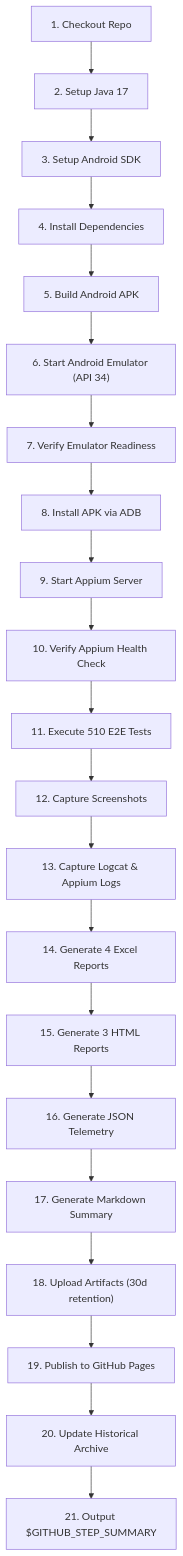
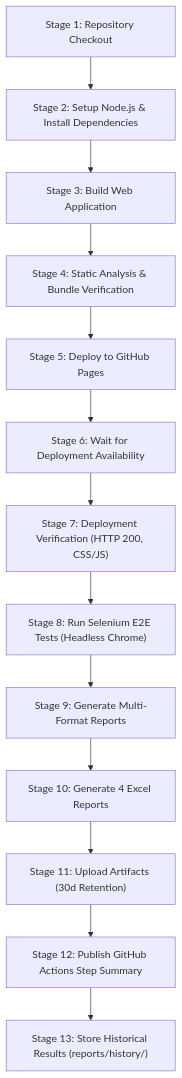
Before and after one commit to Sham-2005/foodiebite: the diagram in automation/CICD_EXECUTION_GUIDE.md, drawn with Mermaid. The commit also changed other lines of this file and 1174 other files, not shown here.

````diff
--- a/automation/CICD_EXECUTION_GUIDE.md
+++ b/automation/CICD_EXECUTION_GUIDE.md
@@ -9,23 +9,15 @@
 ```mermaid
 flowchart TD
-    S1["1. Checkout Repo"] --> S2["2. Setup Java 17"]
-    S2 --> S3["3. Setup Android SDK"]
-    S3 --> S4["4. Install Dependencies"]
-    S4 --> S5["5. Build Android APK"]
-    S5 --> S6["6. Start Android Emulator (API 34)"]
-    S6 --> S7["7. Verify Emulator Readiness"]
-    S7 --> S8["8. Install APK via ADB"]
-    S8 --> S9["9. Start Appium Server"]
-    S9 --> S10["10. Verify Appium Health Check"]
-    S10 --> S11["11. Execute 510 E2E Tests"]
-    S11 --> S12["12. Capture Screenshots"]
-    S12 --> S13["13. Capture Logcat & Appium Logs"]
-    S13 --> S14["14. Generate 4 Excel Reports"]
-    S14 --> S15["15. Generate 3 HTML Reports"]
-    S15 --> S16["16. Generate JSON Telemetry"]
-    S16 --> S17["17. Generate Markdown Summary"]
-    S17 --> S18["18. Upload Artifacts (30d retention)"]
-    S18 --> S19["19. Publish to GitHub Pages"]
-    S19 --> S20["20. Update Historical Archive"]
-    S20 --> S21["21. Output $GITHUB_STEP_SUMMARY"]
+    S1["Stage 1: Repository Checkout"] --> S2["Stage 2: Setup Node.js & Install Dependencies"]
+    S2 --> S3["Stage 3: Build Web Application"]
+    S3 --> S4["Stage 4: Static Analysis & Bundle Verification"]
+    S4 --> S5["Stage 5: Deploy to GitHub Pages"]
+    S5 --> S6["Stage 6: Wait for Deployment Availability"]
+    S6 --> S7["Stage 7: Deployment Verification (HTTP 200, CSS/JS)"]
+    S7 --> S8["Stage 8: Run Selenium E2E Tests (Headless Chrome)"]
+    S8 --> S9["Stage 9: Generate Multi-Format Reports"]
+    S9 --> S10["Stage 10: Generate 4 Excel Reports"]
+    S10 --> S11["Stage 11: Upload Artifacts (30d Retention)"]
+    S11 --> S12["Stage 12: Publish GitHub Actions Step Summary"]
+    S12 --> S13["Stage 13: Store Historical Results (reports/history/)"]
 ```
````
